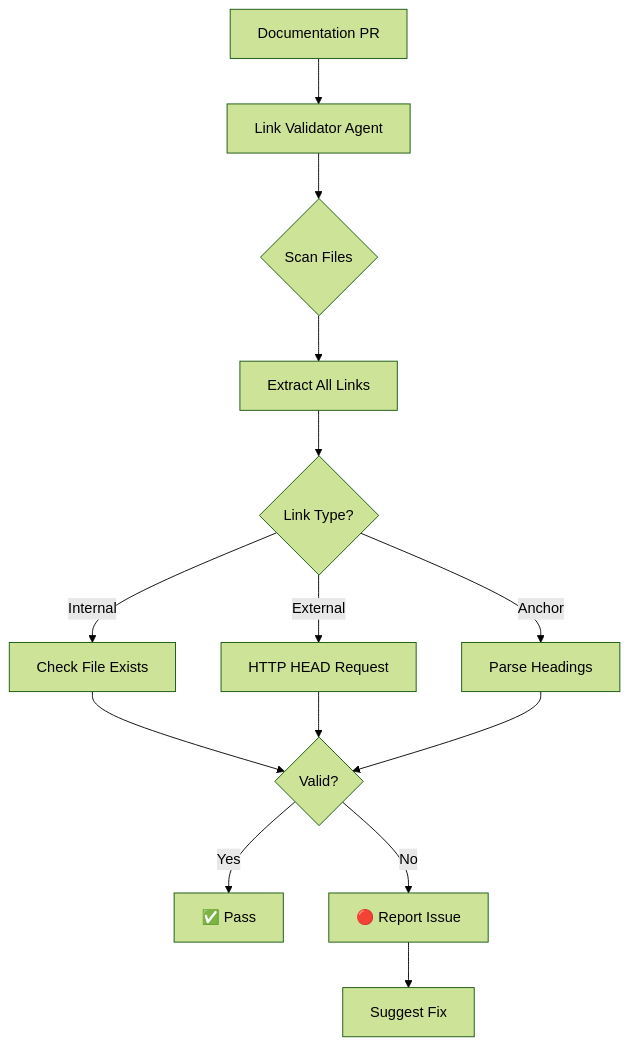
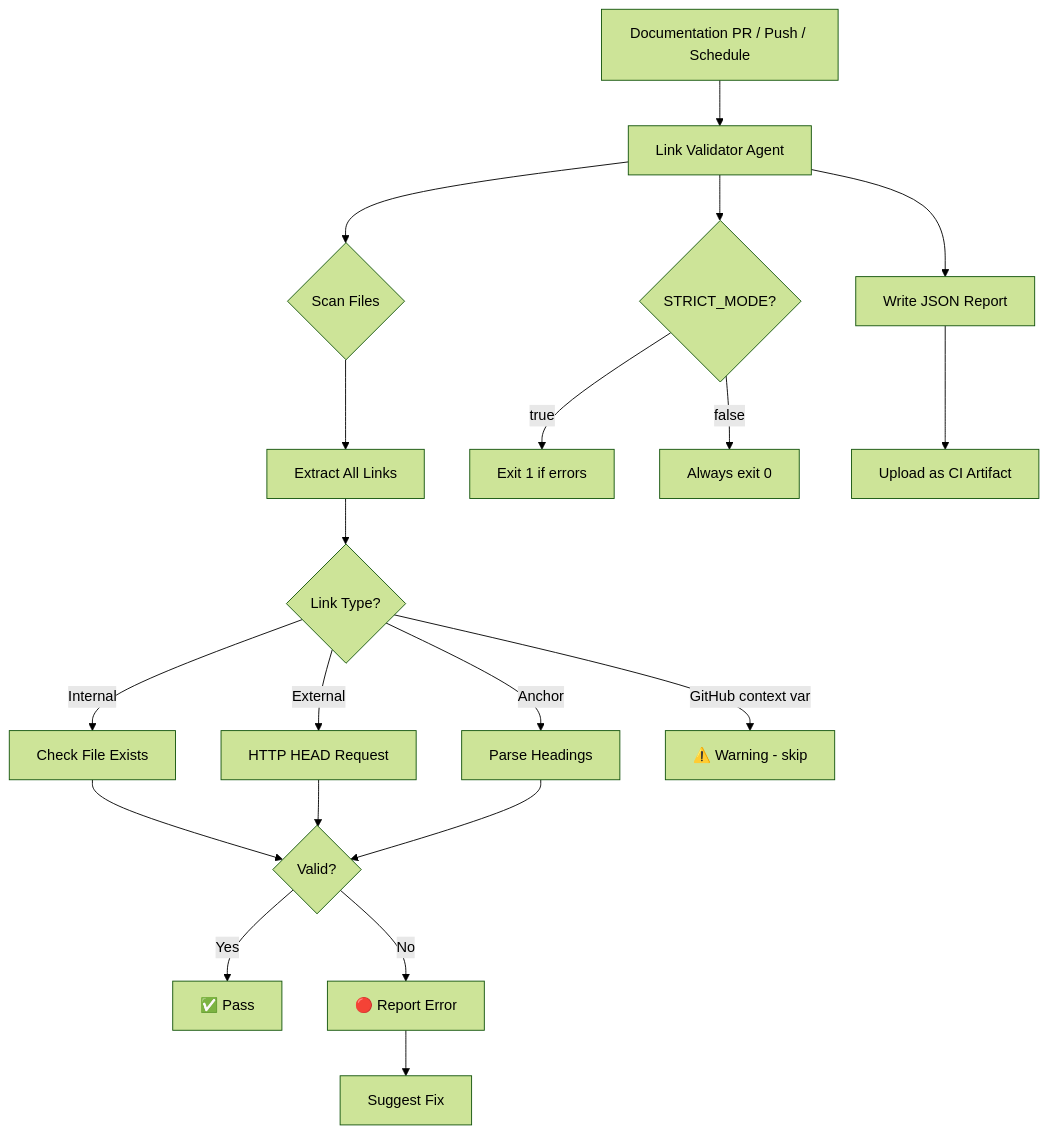
One commit to Aries-Serpent/_codex_ changed the first of 2 diagrams in .github/agents/link-validator-agent.md. Above: the diagram before and after it, drawn with Mermaid (forest theme). The commit also changed other lines of this file and 6 other files, not shown here.

Commit message:
Fix 14 broken links, add STRICT_MODE/JSON report to validator, update agent + CB status

````diff
--- a/.github/agents/link-validator-agent.md
+++ b/.github/agents/link-validator-agent.md
@@ -166,16 +214,22 @@
 ```mermaid
 graph TB
-    A[Documentation PR] --> B[Link Validator Agent]
+    A[Documentation PR / Push / Schedule] --> B[Link Validator Agent]
     B --> C{Scan Files}
     C --> D[Extract All Links]
     D --> E{Link Type?}
     E -->|Internal| F[Check File Exists]
     E -->|External| G[HTTP HEAD Request]
     E -->|Anchor| H[Parse Headings]
-    F --> I{Valid?}
-    G --> I
-    H --> I
-    I -->|Yes| J[✅ Pass]
-    I -->|No| K[🔴 Report Issue]
-    K --> L[Suggest Fix]
+    E -->|GitHub context var| I[⚠️ Warning - skip]
+    F --> J{Valid?}
+    G --> J
+    H --> J
+    J -->|Yes| K[✅ Pass]
+    J -->|No| L[🔴 Report Error]
+    L --> M[Suggest Fix]
+    B --> N{STRICT_MODE?}
+    N -->|true| O[Exit 1 if errors]
+    N -->|false| P[Always exit 0]
+    B --> Q[Write JSON Report]
+    Q --> R[Upload as CI Artifact]
 ```
````
